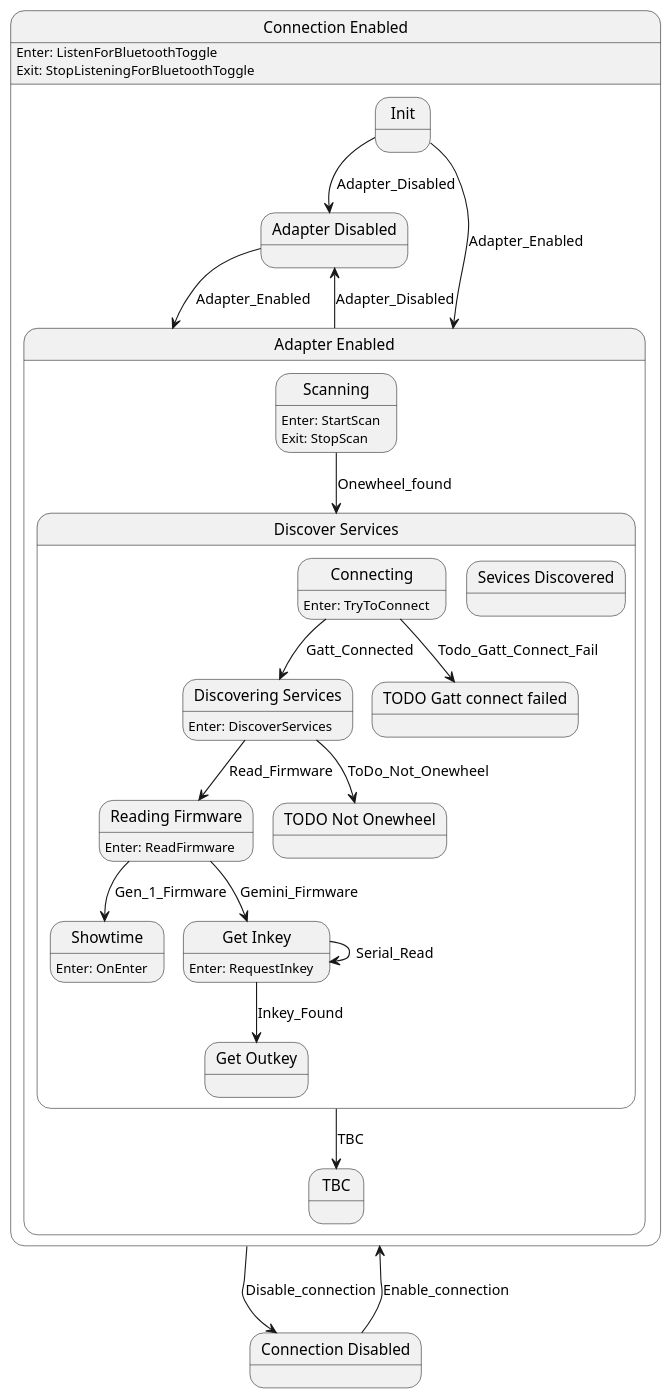
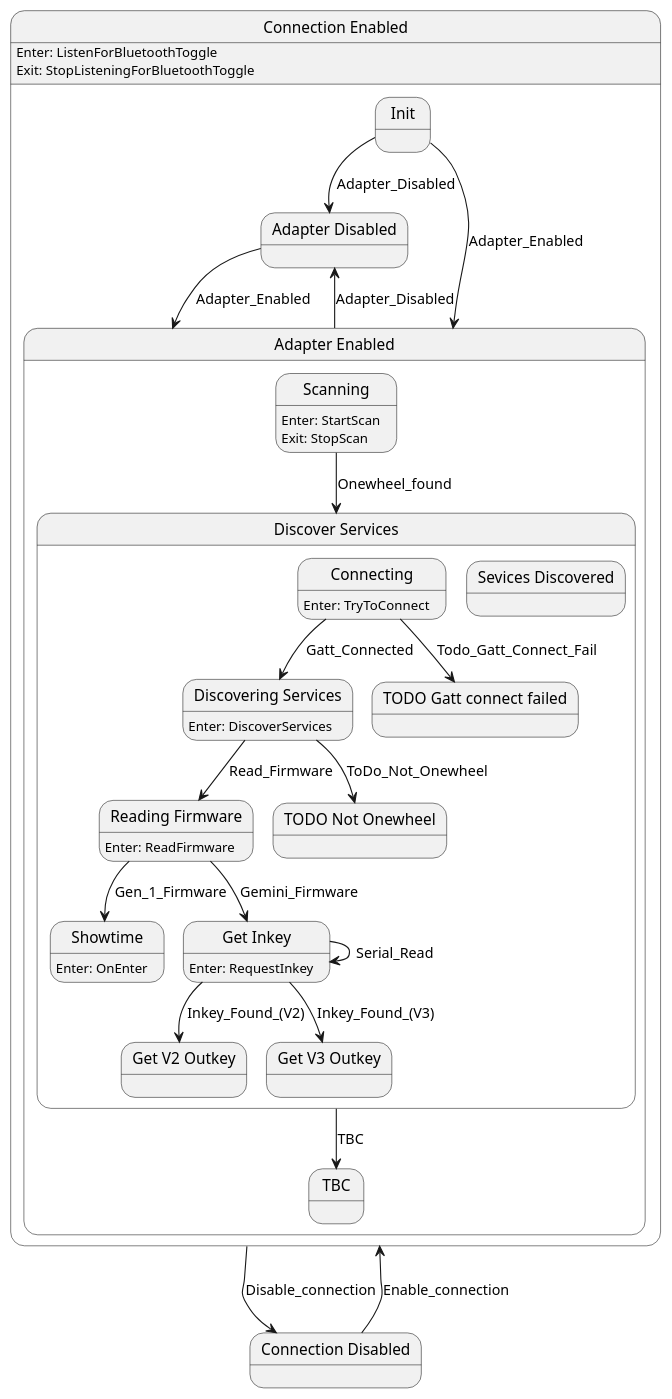
Before and after one commit to tekkies/android-ponewheel: the diagram in doc/ponewheel-state.plantuml, drawn with PlantUML. The commit also changed 4 other files, not shown here.

Commit message:
Split Get-Outkey states

```diff
--- a/doc/ponewheel-state.plantuml
+++ b/doc/ponewheel-state.plantuml
@@ -1,60 +1,63 @@
 @startuml
 state "Connection Enabled" as Connection_Enabled  {
     state "Adapter Disabled" as Adapter_Disabled  {
     }
     state "Adapter Enabled" as Adapter_Enabled  {
         state "Discover Services" as Discover_Services  {
             state "Discovering Services" as Discovering_Services  {
 Discovering_Services : Enter: DiscoverServices
             }
             state "Sevices Discovered" as Sevices_Discovered  {
             }
             state "Reading Firmware" as Reading_Firmware  {
 Reading_Firmware : Enter: ReadFirmware
             }
             state "Showtime" as Showtime  {
 Showtime : Enter: OnEnter
             }
             state "Get Inkey" as Get_Inkey  {
 Get_Inkey : Enter: RequestInkey
             }
-            state "Get Outkey" as Get_Outkey  {
+            state "Get V2 Outkey" as Get_V2_Outkey  {
+            }
+            state "Get V3 Outkey" as Get_V3_Outkey  {
             }
             state "TODO Gatt connect failed" as TODO_Gatt_connect_failed  {
             }
             state "TODO Not Onewheel" as TODO_Not_Onewheel  {
             }
             state "Connecting" as Connecting  {
 Connecting : Enter: TryToConnect
             }
         }
         state "TBC" as TBC  {
         }
         state "Scanning" as Scanning  {
 Scanning : Enter: StartScan\nExit: StopScan
         }
     }
     state "Init" as Init  {
     }
 Connection_Enabled : Enter: ListenForBluetoothToggle\nExit: StopListeningForBluetoothToggle
 }
 state "Connection Disabled" as Connection_Disabled  {
 }
 Adapter_Disabled --> Adapter_Enabled : Adapter_Enabled
 Discovering_Services --> TODO_Not_Onewheel : ToDo_Not_Onewheel
 Discovering_Services --> Reading_Firmware : Read_Firmware
 Reading_Firmware --> Showtime : Gen_1_Firmware
 Reading_Firmware --> Get_Inkey : Gemini_Firmware
 Get_Inkey --> Get_Inkey : Serial_Read
-Get_Inkey --> Get_Outkey : Inkey_Found
+Get_Inkey --> Get_V2_Outkey : Inkey_Found_(V2)
+Get_Inkey --> Get_V3_Outkey : Inkey_Found_(V3)
 Connecting --> Discovering_Services : Gatt_Connected
 Connecting --> TODO_Gatt_connect_failed : Todo_Gatt_Connect_Fail
 Discover_Services --> TBC : TBC
 Scanning --> Discover_Services : Onewheel_found
 Adapter_Enabled --> Adapter_Disabled : Adapter_Disabled
 Init --> Adapter_Enabled : Adapter_Enabled
 Init --> Adapter_Disabled : Adapter_Disabled
 Connection_Enabled --> Connection_Disabled : Disable_connection
 Connection_Disabled --> Connection_Enabled : Enable_connection
  
 @enduml
```
